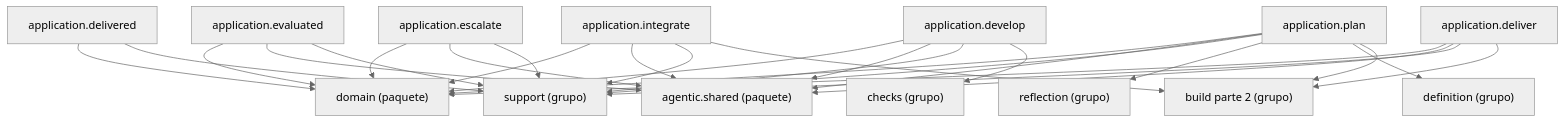
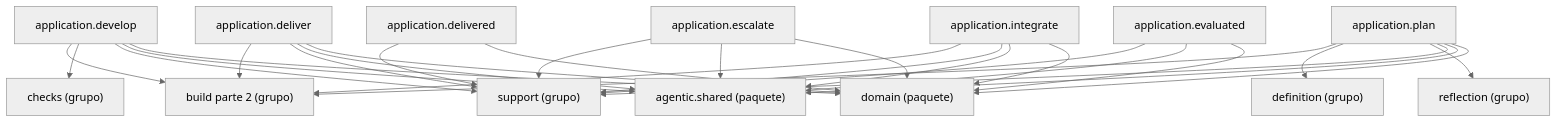
The diagram in docs/architecture/generated/packages-process-application-build-1.md (GonzaloZevallos/agentic-system), drawn with Mermaid (neutral theme) before and after one commit. The commit also changed 5 other files, not shown here.

````diff
--- a/docs/architecture/generated/packages-process-application-build-1.md
+++ b/docs/architecture/generated/packages-process-application-build-1.md
@@ -16,43 +16,44 @@
 ```mermaid
 graph TD
     g_application__build__2["build parte 2 (grupo)"]
     g_application__checks["checks (grupo)"]
     g_application__definition["definition (grupo)"]
     g_application__reflection["reflection (grupo)"]
     g_application__support["support (grupo)"]
     g_pkg__agentic__shared["agentic.shared (paquete)"]
     g_pkg__domain["domain (paquete)"]
     m_application__deliver["application.deliver"]
     m_application__delivered["application.delivered"]
     m_application__develop["application.develop"]
     m_application__escalate["application.escalate"]
     m_application__evaluated["application.evaluated"]
     m_application__integrate["application.integrate"]
     m_application__plan["application.plan"]
     m_application__deliver --> g_application__build__2
     m_application__deliver --> g_application__support
     m_application__deliver --> g_pkg__agentic__shared
     m_application__deliver --> g_pkg__domain
     m_application__delivered --> g_application__support
     m_application__delivered --> g_pkg__domain
+    m_application__develop --> g_application__build__2
     m_application__develop --> g_application__checks
     m_application__develop --> g_application__support
     m_application__develop --> g_pkg__agentic__shared
     m_application__develop --> g_pkg__domain
     m_application__escalate --> g_application__support
     m_application__escalate --> g_pkg__agentic__shared
     m_application__escalate --> g_pkg__domain
     m_application__evaluated --> g_application__support
     m_application__evaluated --> g_pkg__agentic__shared
     m_application__evaluated --> g_pkg__domain
     m_application__integrate --> g_application__build__2
     m_application__integrate --> g_application__support
     m_application__integrate --> g_pkg__agentic__shared
     m_application__integrate --> g_pkg__domain
     m_application__plan --> g_application__build__2
     m_application__plan --> g_application__definition
     m_application__plan --> g_application__reflection
     m_application__plan --> g_application__support
     m_application__plan --> g_pkg__agentic__shared
     m_application__plan --> g_pkg__domain
 ```
````
